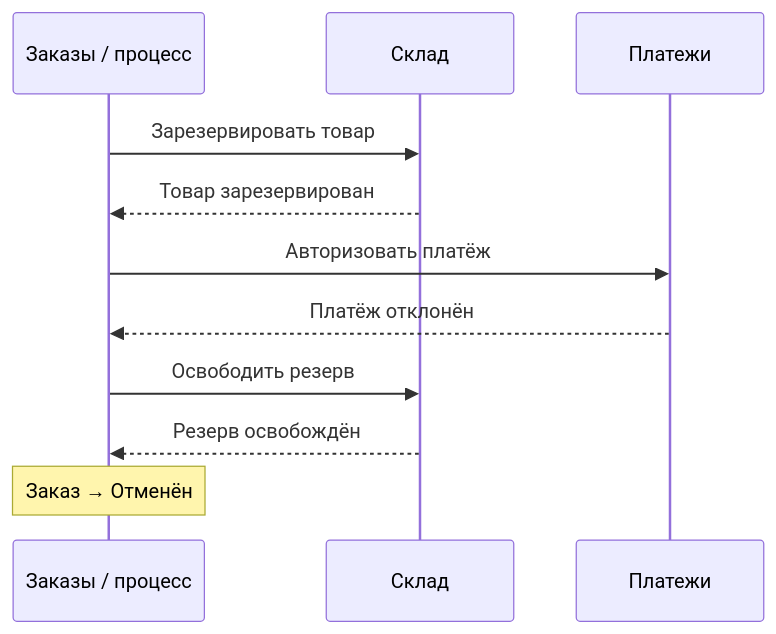
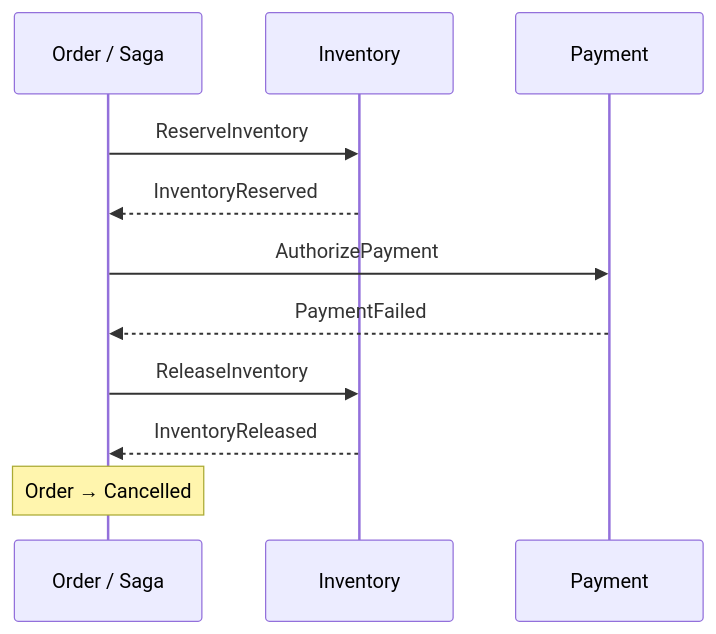
Before and after one commit to UsingCoding/rp-slides: the third of 4 diagrams in lectures/01-saga-intro/sections/02-motivation.md, drawn with Mermaid. The commit also changed other lines of this file and 16 other files, not shown here.

````diff
--- a/lectures/01-saga-intro/sections/02-motivation.md
+++ b/lectures/01-saga-intro/sections/02-motivation.md
@@ -86,13 +58,13 @@
 ```mermaid
 sequenceDiagram
-    participant O as Заказы / процесс
-    participant I as Склад
-    participant P as Платежи
-    O->>I: Зарезервировать товар
-    I-->>O: Товар зарезервирован
-    O->>P: Авторизовать платёж
-    P-->>O: Платёж отклонён
-    O->>I: Освободить резерв
-    I-->>O: Резерв освобождён
-    Note over O: Заказ → Отменён
+    participant O as Order / Saga
+    participant I as Inventory
+    participant P as Payment
+    O->>I: ReserveInventory
+    I-->>O: InventoryReserved
+    O->>P: AuthorizePayment
+    P-->>O: PaymentFailed
+    O->>I: ReleaseInventory
+    I-->>O: InventoryReleased
+    Note over O: Order → Cancelled
 ```
````
